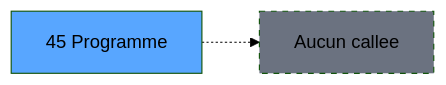
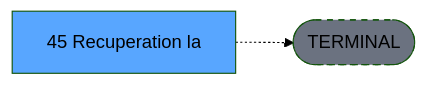
The third of 3 diagrams in .openspec/renders/ADH-IDE-45.md (thonyAGP/lecteur-magic), drawn with Mermaid (forest theme) before and after one commit. The commit also changed other lines of this file and 701 other files, not shown here.

````diff
--- a/.openspec/renders/ADH-IDE-45.md
+++ b/.openspec/renders/ADH-IDE-45.md
@@ -146,8 +134,8 @@
 ```mermaid
 graph LR
-    T[45 Programme]
-    NONE[Aucun callee]
-    T -.-> NONE
+    T[45 Recuperation la]
+    TERM([TERMINAL])
+    T -.-> TERM
+    style TERM fill:#6b7280,stroke-dasharray: 5 5
     style T fill:#58a6ff,color:#000
-    style NONE fill:#6b7280,stroke-dasharray: 5 5
 ```
````
